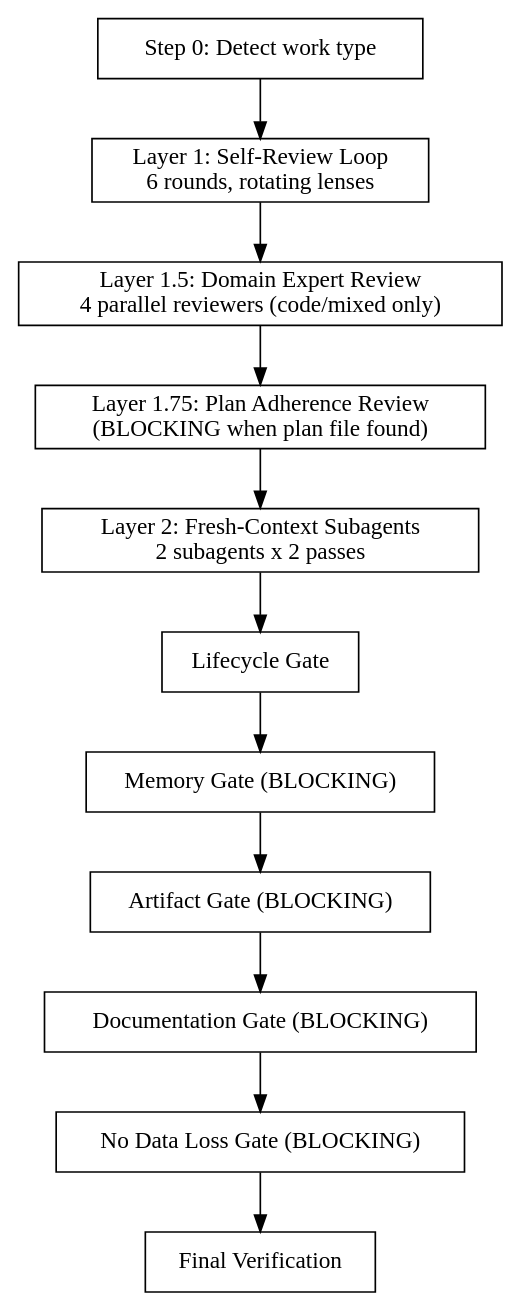
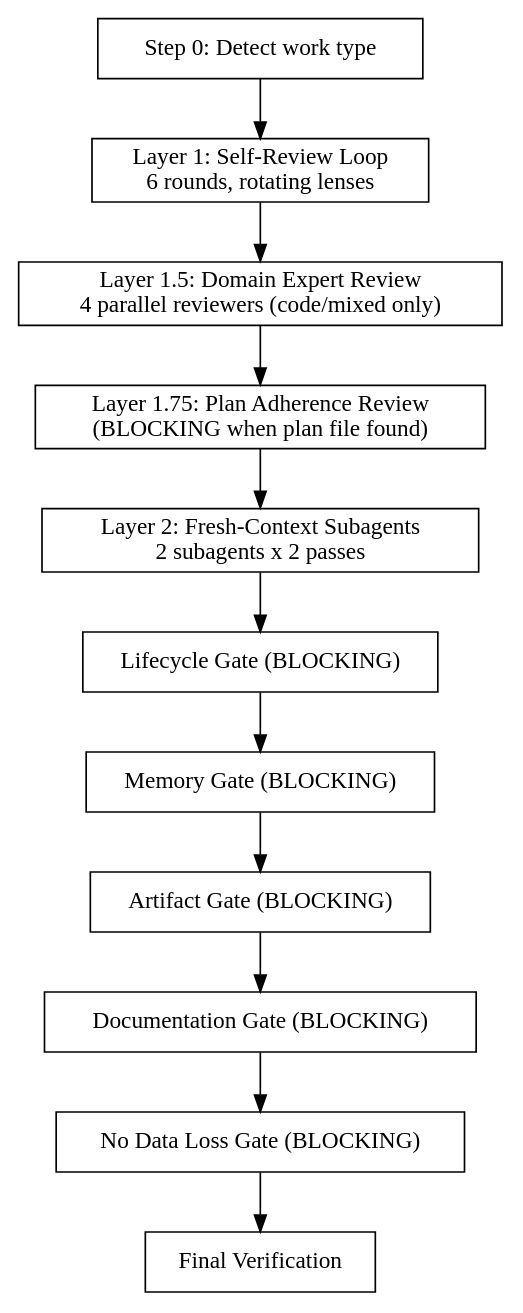
One commit to wgordon17/personal-claude-marketplace changed the diagram in code-quality/skills/quality-gate/SKILL.md. Above: the diagram before and after it, drawn with Graphviz. The commit also changed other lines of this file, not shown here.

Commit message:
fix(code-quality): adds BLOCKING label and counters to Lifecycle Gate

````diff
--- a/code-quality/skills/quality-gate/SKILL.md
+++ b/code-quality/skills/quality-gate/SKILL.md
@@ -33,18 +33,18 @@
 ```dot
 digraph quality_gate {
   rankdir=TB;
   node [shape=box];
   detect [label="Step 0: Detect work type"];
   layer1 [label="Layer 1: Self-Review Loop\n6 rounds, rotating lenses"];
   layer1_5 [label="Layer 1.5: Domain Expert Review\n4 parallel reviewers (code/mixed only)"];
   layer1_75 [label="Layer 1.75: Plan Adherence Review\n(BLOCKING when plan file found)"];
   layer2 [label="Layer 2: Fresh-Context Subagents\n2 subagents x 2 passes"];
-  lifecycle [label="Lifecycle Gate"];
+  lifecycle [label="Lifecycle Gate (BLOCKING)"];
   memory [label="Memory Gate (BLOCKING)"];
   artifact [label="Artifact Gate (BLOCKING)"];
   docs [label="Documentation Gate (BLOCKING)"];
   nodataloss [label="No Data Loss Gate (BLOCKING)"];
   final [label="Final Verification"];
   detect -> layer1 -> layer1_5 -> layer1_75 -> layer2 -> lifecycle -> memory -> artifact -> docs -> nodataloss -> final;
 }
 ```
````
